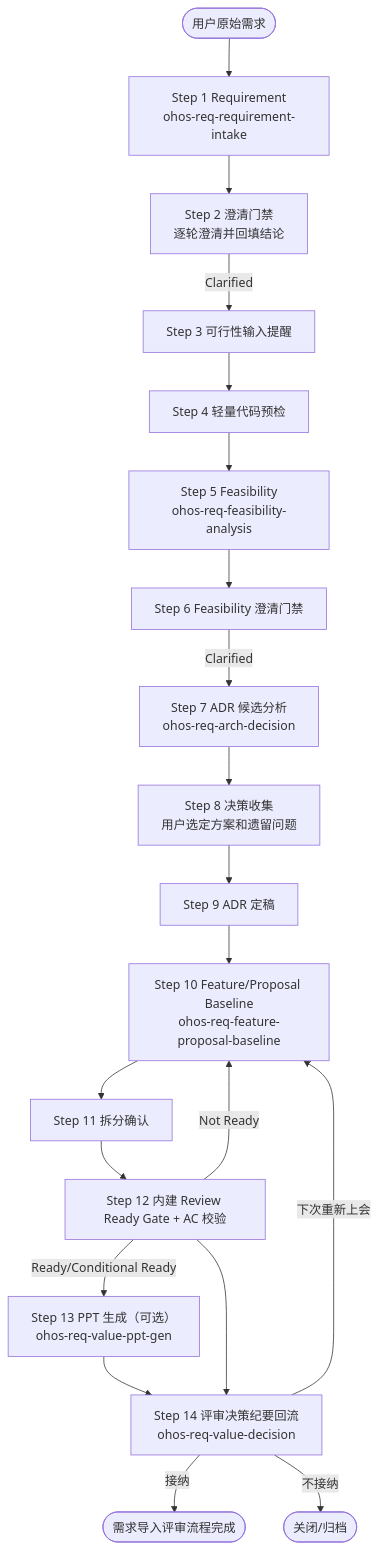
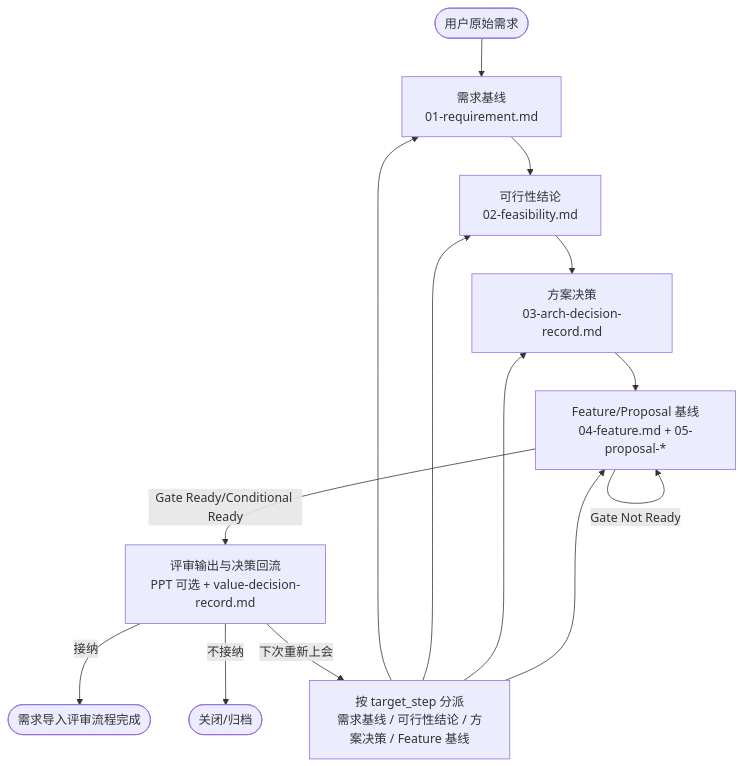
The diagram in skills/common/requirements/README.md (openharmonyinsight/openharmony-skills), drawn with Mermaid before and after one commit. The commit also changed other lines of this file and 21 other files, not shown here.

````diff
--- a/skills/common/requirements/README.md
+++ b/skills/common/requirements/README.md
@@ -20,22 +20,16 @@
 ```mermaid
 flowchart TD
-    A([用户原始需求]) --> B["Step 1 Requirement<br/>ohos-req-requirement-intake"]
-    B --> C["Step 2 澄清门禁<br/>逐轮澄清并回填结论"]
-    C -->|Clarified| D["Step 3 可行性输入提醒"]
-    D --> E["Step 4 轻量代码预检"]
-    E --> F["Step 5 Feasibility<br/>ohos-req-feasibility-analysis"]
-    F --> G["Step 6 Feasibility 澄清门禁"]
-    G -->|Clarified| H["Step 7 ADR 候选分析<br/>ohos-req-arch-decision"]
-    H --> I["Step 8 决策收集<br/>用户选定方案和遗留问题"]
-    I --> J["Step 9 ADR 定稿"]
-    J --> K["Step 10 Feature/Proposal Baseline<br/>ohos-req-feature-proposal-baseline"]
-    K --> L["Step 11 拆分确认"]
-    L --> M["Step 12 内建 Review Ready Gate + AC 校验"]
-    M -->|Ready/Conditional Ready| N["Step 13 PPT 生成（可选）<br/>ohos-req-value-ppt-gen"]
-    M -->|Not Ready| K
-    N --> O["Step 14 评审决策纪要回流<br/>ohos-req-value-decision"]
-    M --> O
-    O -->|接纳| P([需求导入评审流程完成])
-    O -->|不接纳| Q([关闭/归档])
-    O -->|下次重新上会| K
+    A([用户原始需求]) --> B["需求基线<br/>01-requirement.md"]
+    B --> C["可行性结论<br/>02-feasibility.md"]
+    C --> D["方案决策<br/>03-arch-decision-record.md"]
+    D --> E["Feature/Proposal 基线<br/>04-feature.md + 05-proposal-*"]
+    E -->|Gate Ready/Conditional Ready| F["评审输出与决策回流<br/>PPT 可选 + value-decision-record.md"]
+    E -->|Gate Not Ready| E
+    F -->|接纳| G([需求导入评审流程完成])
+    F -->|不接纳| H([关闭/归档])
+    F -->|下次重新上会| I["按 target_step 分派<br/>需求基线 / 可行性结论 / 方案决策 / Feature 基线"]
+    I --> B
+    I --> C
+    I --> D
+    I --> E
 ```
````
